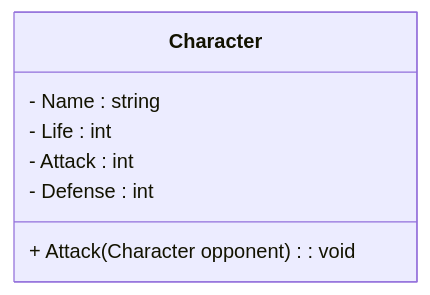
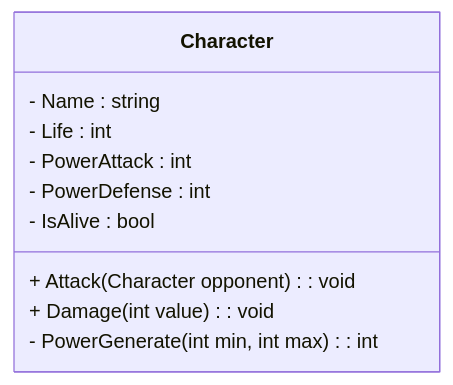
The diagram in lista2/lista2.md (IsadoraZanardo/BACK-Lista), drawn with Mermaid before and after one commit. The commit also changed 27 other files, not shown here.

````diff
--- a/lista2/lista2.md
+++ b/lista2/lista2.md
@@ -78,10 +78,13 @@
     ```mermaid
         classDiagram
             class Character{
             - Name : string
             - Life : int
-            - Attack : int
-            - Defense : int
+            - PowerAttack : int
+            - PowerDefense : int
+            - IsAlive : bool
             + Attack (Character opponent) : void
+            + Damage (int value): void
+            - PowerGenerate (int min, int max): int
         }
     ```
````
